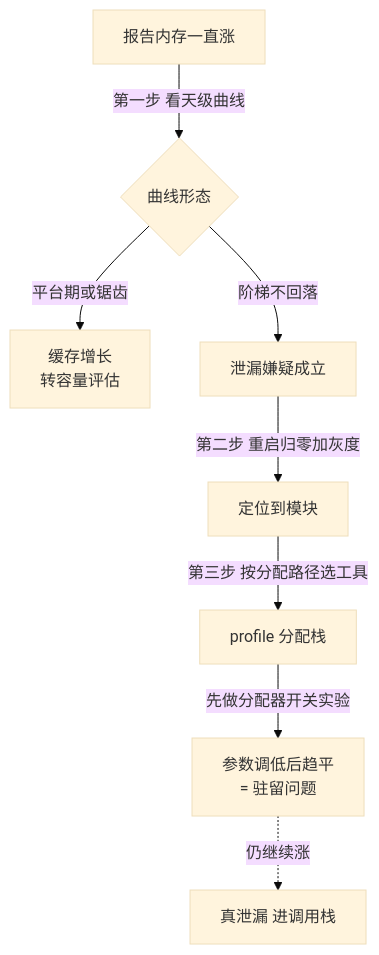
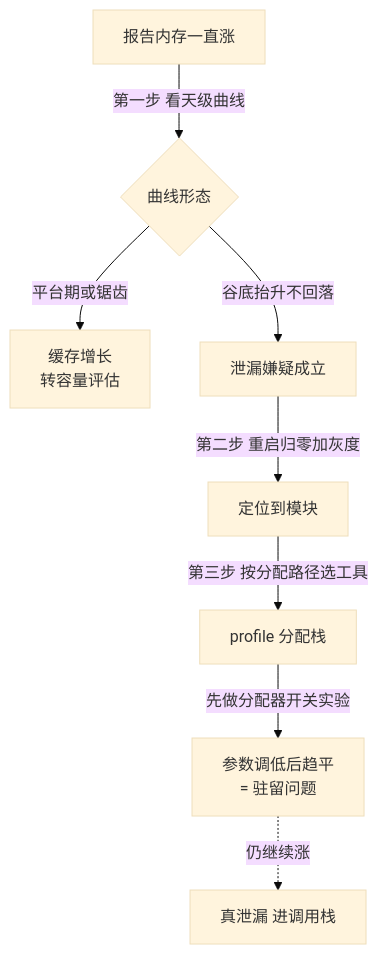
Before and after one commit to hub138/technical-knowledge: the second of 2 diagrams in vault/工程知识/性能工程：从用户等待到资源瓶颈/存储与网络/应用内存泄漏先用RSS曲线定位再谈分析：涨势、归零与平台池.md, drawn with Mermaid (base theme). The commit also changed other lines of this file and 622 other files, not shown here.

````diff
--- a/vault/工程知识/性能工程：从用户等待到资源瓶颈/存储与网络/应用内存泄漏先用RSS曲线定位再谈分析：涨势、归零与平台池.md
+++ b/vault/工程知识/性能工程：从用户等待到资源瓶颈/存储与网络/应用内存泄漏先用RSS曲线定位再谈分析：涨势、归零与平台池.md
@@ -57,10 +96,10 @@
 ```mermaid
 graph TD
     R["报告内存一直涨"] -->|"第一步 看天级曲线"| C{"曲线形态"}
     C -->|"平台期或锯齿"| N["缓存增长<br/>转容量评估"]
-    C -->|"阶梯不回落"| L["泄漏嫌疑成立"]
+    C -->|"谷底抬升不回落"| L["泄漏嫌疑成立"]
     L -->|"第二步 重启归零加灰度"| M["定位到模块"]
     M -->|"第三步 按分配路径选工具"| T["profile 分配栈"]
     T -->|"先做分配器开关实验"| E["参数调低后趋平<br/>= 驻留问题"]
     E -.->|"仍继续涨"| Z["真泄漏 进调用栈"]
 ```
````
